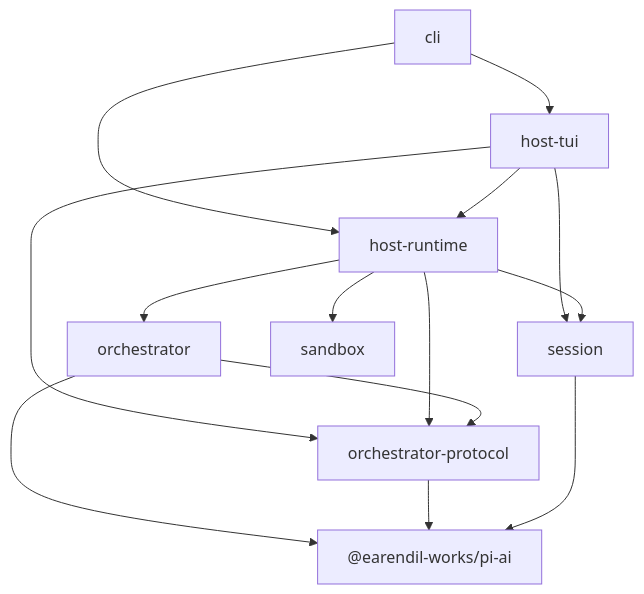
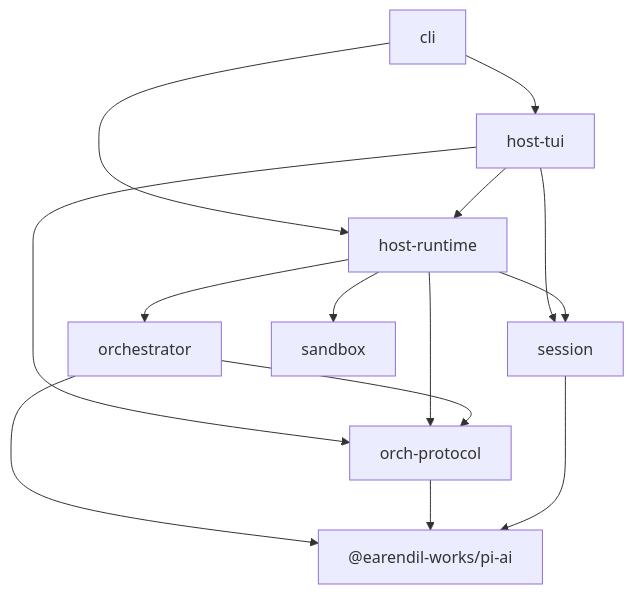
One commit to biuld/piko changed the second of 2 diagrams in README.md. Above: the diagram before and after it, drawn with Mermaid. The commit also changed other lines of this file and 196 other files, not shown here.

Commit message:
refactor(orch): replace TS orchestrator with Rust-based orchd, rename protocol, implement RPC communication

````diff
--- a/README.md
+++ b/README.md
@@ -115,25 +115,25 @@
 ```mermaid
 graph TD
   pi_ai["@earendil-works/pi-ai"]
-  protocol["orchestrator-protocol"]
+  protocol["orch-protocol"]
   orchestrator["orchestrator"]
   session["session"]
   host_runtime["host-runtime"]
   host_tui["host-tui"]
   cli["cli"]
   sandbox["sandbox"]
 
   cli --> host_runtime
   cli --> host_tui
   host_tui --> host_runtime
   host_tui --> protocol
   host_tui --> session
   host_runtime --> orchestrator
   host_runtime --> protocol
   host_runtime --> session
   orchestrator --> protocol
   orchestrator --> pi_ai
   host_runtime --> sandbox
   protocol --> pi_ai
   session --> pi_ai
 ```
````
